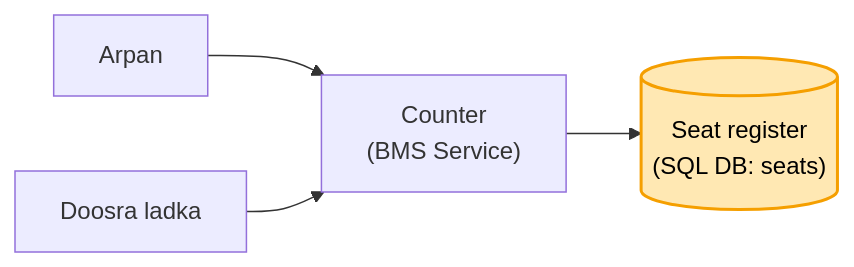
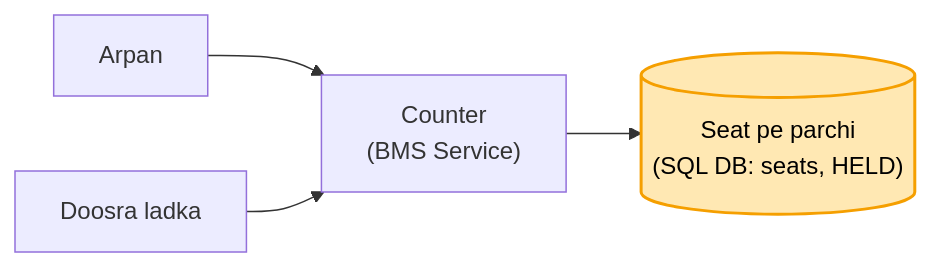
One commit to ArpanMaheshwari144/Prep changed the first of 6 diagrams in 04_HLD/SYSTEM_DESIGNS/09_bookmyshow/09_bookmyshow.md. Above: the diagram before and after it, drawn with Mermaid. The commit also changed other lines of this file and 17 other files, not shown here.

Commit message:
HLD: 17 main files hand notes se milaye (har block alag section, kahani + asli naam, mermaid), technical naam bhi rakhe

````diff
--- a/04_HLD/SYSTEM_DESIGNS/09_bookmyshow/09_bookmyshow.md
+++ b/04_HLD/SYSTEM_DESIGNS/09_bookmyshow/09_bookmyshow.md
@@ -38,7 +38,7 @@
 ```mermaid
 flowchart LR
     A["Arpan"] --> S["Counter<br/>(BMS Service)"]
     L["Doosra ladka"] --> S
-    S --> D[("Seat register<br/>(SQL DB: seats)")]
+    S --> D[("Seat pe parchi<br/>(SQL DB: seats, HELD)")]
     style D fill:#ffe8b3,stroke:#f59f00,stroke-width:2px,color:#000
 ```
````
